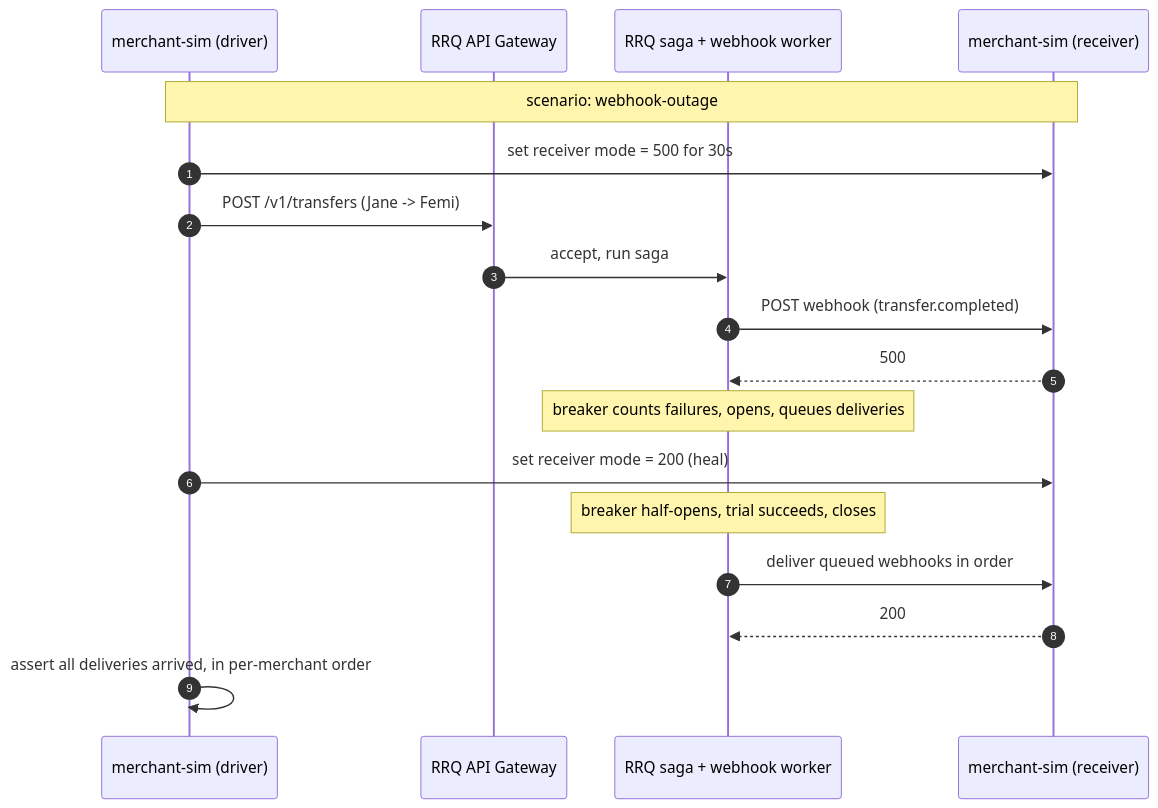
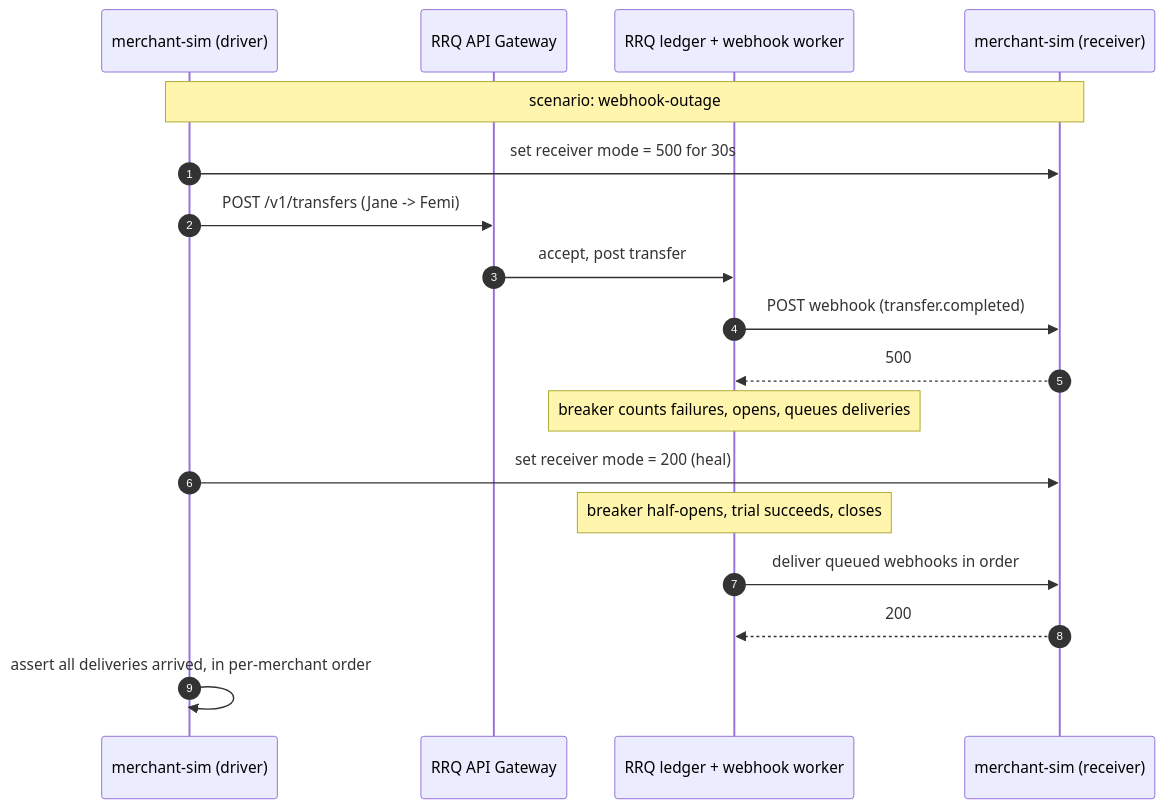
Before and after one commit to Joel-Ajayi/river-rust-queue: the second of 2 diagrams in docs/services/17-SIMULATION-HARNESS.md, drawn with Mermaid. The commit also changed other lines of this file and 17 other files, not shown here.

Commit message:
Changed architecture to use Kafka instead of Redis stream

````diff
--- a/docs/services/17-SIMULATION-HARNESS.md
+++ b/docs/services/17-SIMULATION-HARNESS.md
@@ -142,21 +142,21 @@
 ```mermaid
 sequenceDiagram
     autonumber
     participant Sim as merchant-sim (driver)
     participant API as RRQ API Gateway
-    participant Core as RRQ saga + webhook worker
+    participant Core as RRQ ledger + webhook worker
     participant Recv as merchant-sim (receiver)
 
     Note over Sim,Recv: scenario: webhook-outage
     Sim->>Recv: set receiver mode = 500 for 30s
     Sim->>API: POST /v1/transfers (Jane -> Femi)
-    API->>Core: accept, run saga
+    API->>Core: accept, post transfer
     Core->>Recv: POST webhook (transfer.completed)
     Recv-->>Core: 500
     Note over Core: breaker counts failures, opens, queues deliveries
     Sim->>Recv: set receiver mode = 200 (heal)
     Note over Core: breaker half-opens, trial succeeds, closes
     Core->>Recv: deliver queued webhooks in order
     Recv-->>Core: 200
     Sim->>Sim: assert all deliveries arrived, in per-merchant order
 ```
````
